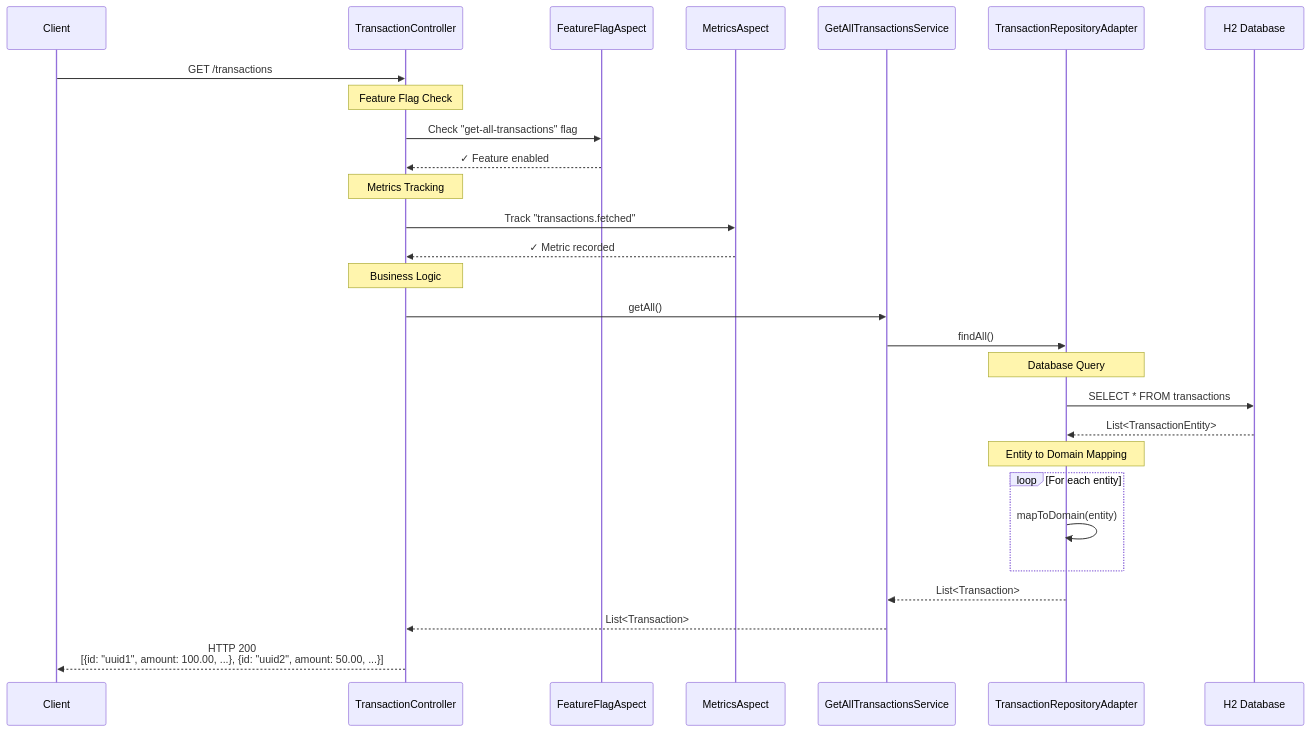
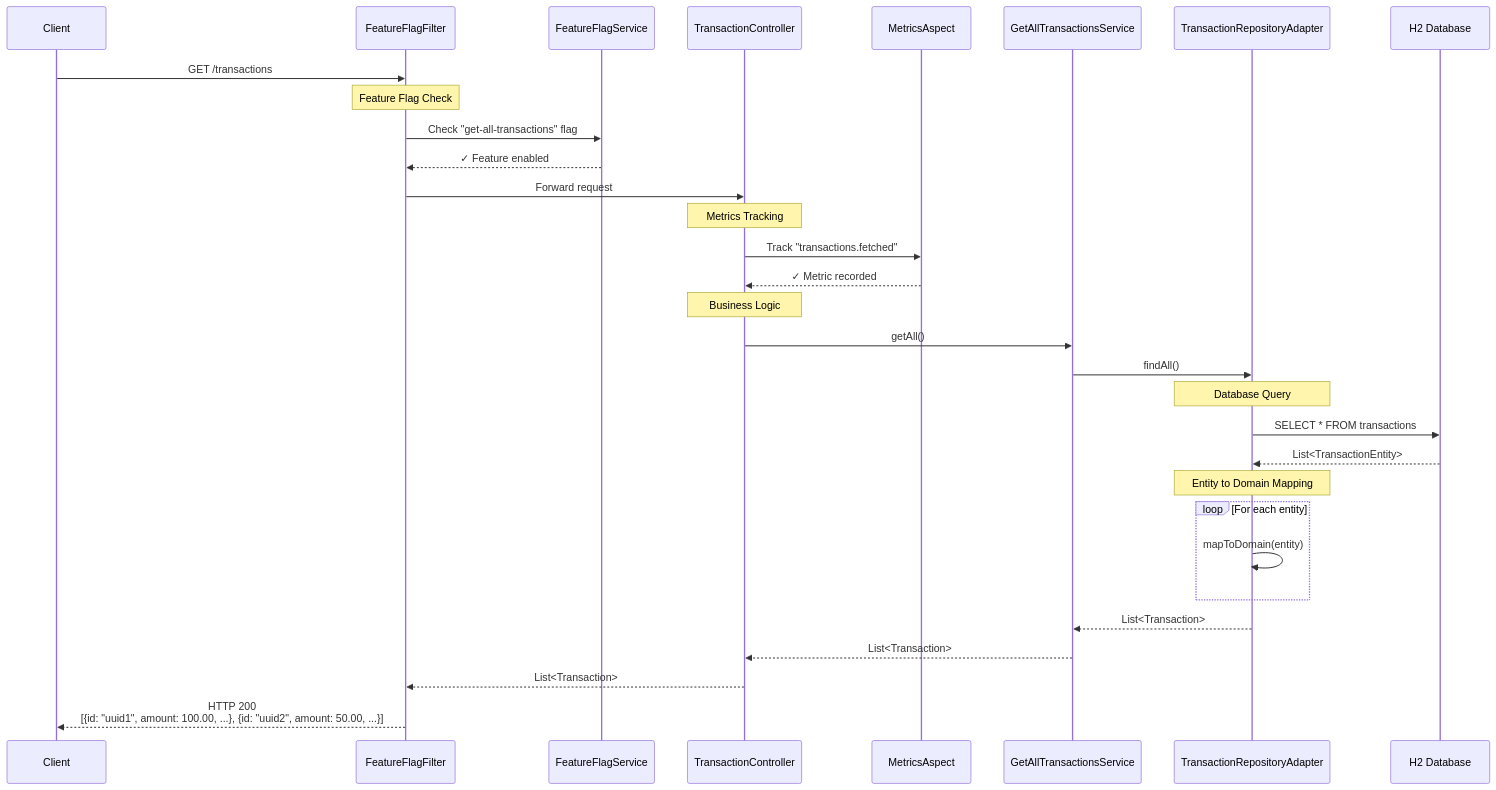
One commit to noyqdave/accounting-ledger-service changed the diagram in docs/diagrams/use-case-retrieval.mmd. Above: the diagram before and after it, drawn with Mermaid. The commit also changed 2 other files, not shown here.

Commit message:
Remove all remaining FeatureFlagAspect references from use case diagrams
- Update use-case-creation.mmd to show FeatureFlagFilter
- Update use-case-retrieval.mmd to show FeatureFlagFilter
- Update use-case-invalid-data.mmd to show FeatureFlagFilter
- All diagrams now consistently show filter-based feature flag approach

```diff
--- a/docs/diagrams/use-case-retrieval.mmd
+++ b/docs/diagrams/use-case-retrieval.mmd
@@ -1,34 +1,37 @@
 sequenceDiagram
     participant Client
+    participant Filter as FeatureFlagFilter
+    participant FFS as FeatureFlagService
     participant Controller as TransactionController
-    participant FFA as FeatureFlagAspect
     participant MA as MetricsAspect
     participant Service as GetAllTransactionsService
     participant Adapter as TransactionRepositoryAdapter
     participant DB as H2 Database
     
-    Client->>Controller: GET /transactions
+    Client->>Filter: GET /transactions
     
-    Note over Controller: Feature Flag Check
-    Controller->>FFA: Check "get-all-transactions" flag
-    FFA-->>Controller: ✓ Feature enabled
+    Note over Filter: Feature Flag Check
+    Filter->>FFS: Check "get-all-transactions" flag
+    FFS-->>Filter: ✓ Feature enabled
+    Filter->>Controller: Forward request
     
     Note over Controller: Metrics Tracking
     Controller->>MA: Track "transactions.fetched"
     MA-->>Controller: ✓ Metric recorded
     
     Note over Controller: Business Logic
     Controller->>Service: getAll()
     Service->>Adapter: findAll()
     
     Note over Adapter: Database Query
     Adapter->>DB: SELECT * FROM transactions
     DB-->>Adapter: List<TransactionEntity>
     
     Note over Adapter: Entity to Domain Mapping
     loop For each entity
         Adapter->>Adapter: mapToDomain(entity)
     end
     Adapter-->>Service: List<Transaction>
     Service-->>Controller: List<Transaction>
-    Controller-->>Client: HTTP 200<br/>[{id: "uuid1", amount: 100.00, ...}, {id: "uuid2", amount: 50.00, ...}]
+    Controller-->>Filter: List<Transaction>
+    Filter-->>Client: HTTP 200<br/>[{id: "uuid1", amount: 100.00, ...}, {id: "uuid2", amount: 50.00, ...}]
```
